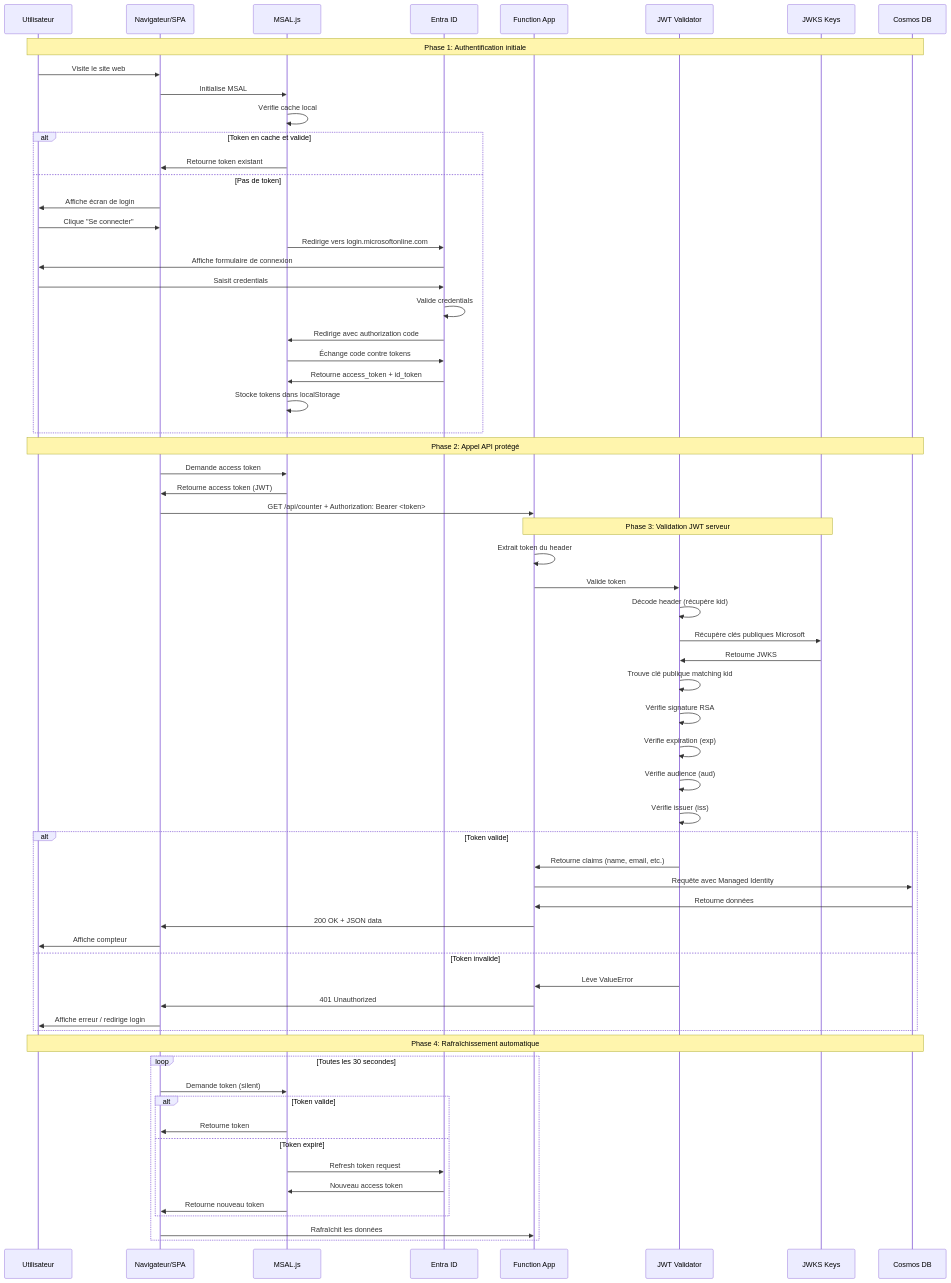
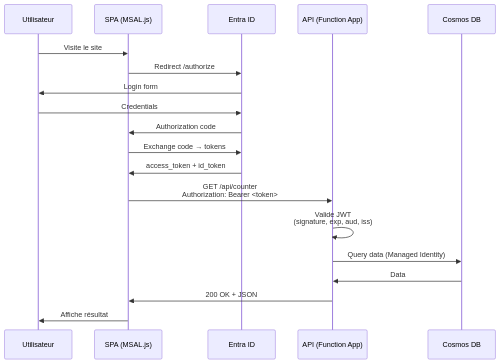
One commit to Glutenfree69/Azure_function changed the second of 2 diagrams in AUTH.md. Above: the diagram before and after it, drawn with Mermaid. The commit also changed other lines of this file and 1 other file, not shown here.

Commit message:
:bento: trimsuffix pour les cors parce que azure c'est a chier + docs :bento:

````diff
--- a/AUTH.md
+++ b/AUTH.md
@@ -150,72 +107,23 @@
 ```mermaid
 sequenceDiagram
     participant U as Utilisateur
-    participant B as Navigateur/SPA
-    participant M as MSAL.js
+    participant S as SPA (MSAL.js)
     participant E as Entra ID
-    participant F as Function App
-    participant J as JWT Validator
-    participant K as JWKS Keys
-    participant C as Cosmos DB
+    participant A as API (Function App)
+    participant D as Cosmos DB
 
-    Note over U,C: Phase 1: Authentification initiale
-    U->>B: Visite le site web
-    B->>M: Initialise MSAL
-    M->>M: Vérifie cache local
-    alt Token en cache et valide
-        M->>B: Retourne token existant
-    else Pas de token
-        B->>U: Affiche écran de login
-        U->>B: Clique "Se connecter"
-        M->>E: Redirige vers login.microsoftonline.com
-        E->>U: Affiche formulaire de connexion
-        U->>E: Saisit credentials
-        E->>E: Valide credentials
-        E->>M: Redirige avec authorization code
-        M->>E: Échange code contre tokens
-        E->>M: Retourne access_token + id_token
-        M->>M: Stocke tokens dans localStorage
-    end
-
-    Note over U,C: Phase 2: Appel API protégé
-    B->>M: Demande access token
-    M->>B: Retourne access token (JWT)
-    B->>F: GET /api/counter + Authorization: Bearer <token>
+    U->>S: Visite le site
+    S->>E: Redirect /authorize
+    E->>U: Login form
+    U->>E: Credentials
+    E->>S: Authorization code
+    S->>E: Exchange code → tokens
+    E->>S: access_token + id_token
     
-    Note over F,K: Phase 3: Validation JWT serveur
-    F->>F: Extrait token du header
-    F->>J: Valide token
-    J->>J: Décode header (récupère kid)
-    J->>K: Récupère clés publiques Microsoft
-    K->>J: Retourne JWKS
-    J->>J: Trouve clé publique matching kid
-    J->>J: Vérifie signature RSA
-    J->>J: Vérifie expiration (exp)
-    J->>J: Vérifie audience (aud)
-    J->>J: Vérifie issuer (iss)
-    
-    alt Token valide
-        J->>F: Retourne claims (name, email, etc.)
-        F->>C: Requête avec Managed Identity
-        C->>F: Retourne données
-        F->>B: 200 OK + JSON data
-        B->>U: Affiche compteur
-    else Token invalide
-        J->>F: Lève ValueError
-        F->>B: 401 Unauthorized
-        B->>U: Affiche erreur / redirige login
-    end
-
-    Note over U,C: Phase 4: Rafraîchissement automatique
-    loop Toutes les 30 secondes
-        B->>M: Demande token (silent)
-        alt Token valide
-            M->>B: Retourne token
-        else Token expiré
-            M->>E: Refresh token request
-            E->>M: Nouveau access token
-            M->>B: Retourne nouveau token
-        end
-        B->>F: Rafraîchit les données
-    end
+    S->>A: GET /api/counter<br/>Authorization: Bearer <token>
+    A->>A: Valide JWT<br/>(signature, exp, aud, iss)
+    A->>D: Query data (Managed Identity)
+    D->>A: Data
+    A->>S: 200 OK + JSON
+    S->>U: Affiche résultat
 ```
````
